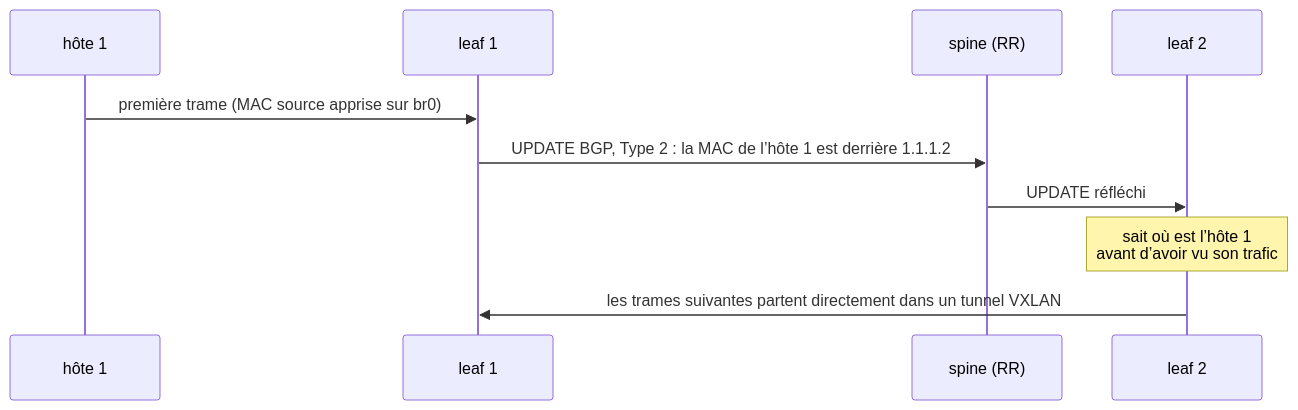
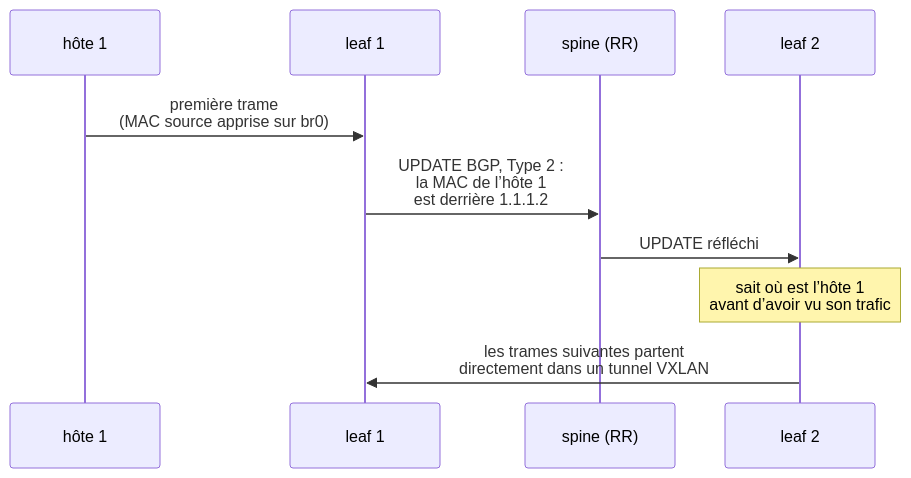
Before and after one commit to PfClaKr/pfclakr.github.io: the second of 2 diagrams in content/posts/42/2025-05-15-badass-bgp-evpn-vxlan/fr.md, drawn with Mermaid. The commit also changed 16 other files, not shown here.

Commit message:
fix: keep mermaid diagrams readable on small screens

````diff
--- a/content/posts/42/2025-05-15-badass-bgp-evpn-vxlan/fr.md
+++ b/content/posts/42/2025-05-15-badass-bgp-evpn-vxlan/fr.md
@@ -148,12 +148,12 @@
 ```mermaid
 sequenceDiagram
     participant H1 as hôte 1
     participant L1 as leaf 1
     participant RR as spine (RR)
     participant L2 as leaf 2
-    H1->>L1: première trame (MAC source apprise sur br0)
-    L1->>RR: UPDATE BGP, Type 2 : la MAC de l’hôte 1 est derrière 1.1.1.2
+    H1->>L1: première trame<br/>(MAC source apprise sur br0)
+    L1->>RR: UPDATE BGP, Type 2 :<br/>la MAC de l’hôte 1<br/>est derrière 1.1.1.2
     RR->>L2: UPDATE réfléchi
     Note over L2: sait où est l’hôte 1<br/>avant d’avoir vu son trafic
-    L2->>L1: les trames suivantes partent directement dans un tunnel VXLAN
+    L2->>L1: les trames suivantes partent<br/>directement dans un tunnel VXLAN
 ```
````
